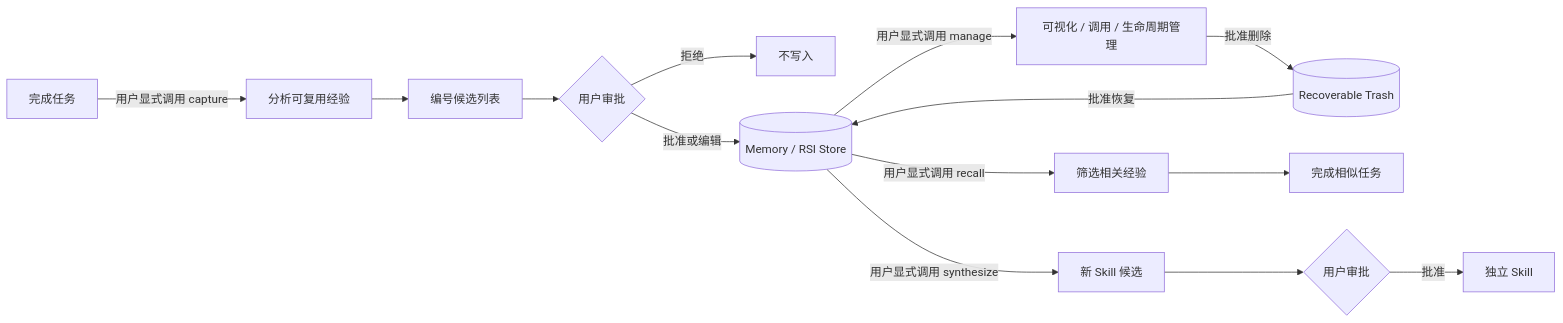
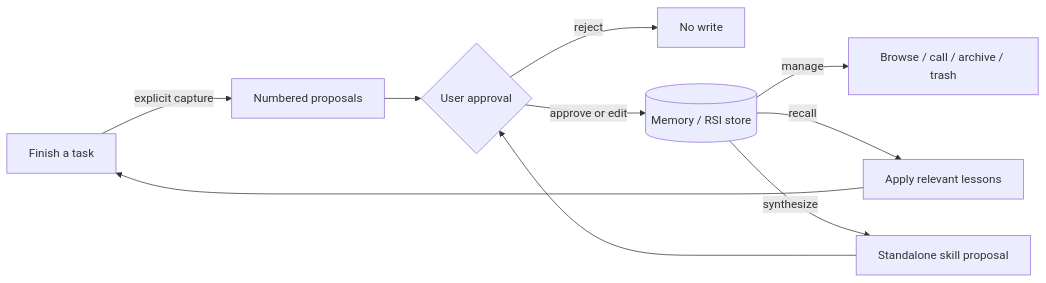
The diagram in README.md (Liuziyu77/RSI-skill), drawn with Mermaid before and after one commit. The commit also changed other lines of this file and 1 other file, not shown here.

````diff
--- a/README.md
+++ b/README.md
@@ -19,16 +23,12 @@
 ```mermaid
 flowchart LR
-    A[完成任务] -->|用户显式调用 capture| B[分析可复用经验]
-    B --> C[编号候选列表]
-    C --> D{用户审批}
-    D -->|拒绝| E[不写入]
-    D -->|批准或编辑| F[(Memory / RSI Store)]
-    F -->|用户显式调用 manage| V[可视化 / 调用 / 生命周期管理]
-    V -->|批准删除| T[(Recoverable Trash)]
-    T -->|批准恢复| F
-    F -->|用户显式调用 recall| G[筛选相关经验]
-    G --> H[完成相似任务]
-    F -->|用户显式调用 synthesize| I[新 Skill 候选]
-    I --> J{用户审批}
-    J -->|批准| K[独立 Skill]
+    A[Finish a task] -->|explicit capture| B[Numbered proposals]
+    B --> C{User approval}
+    C -->|reject| D[No write]
+    C -->|approve or edit| E[(Memory / RSI store)]
+    E -->|manage| F[Browse / call / archive / trash]
+    E -->|recall| G[Apply relevant lessons]
+    G --> A
+    E -->|synthesize| H[Standalone skill proposal]
+    H --> C
 ```
````
